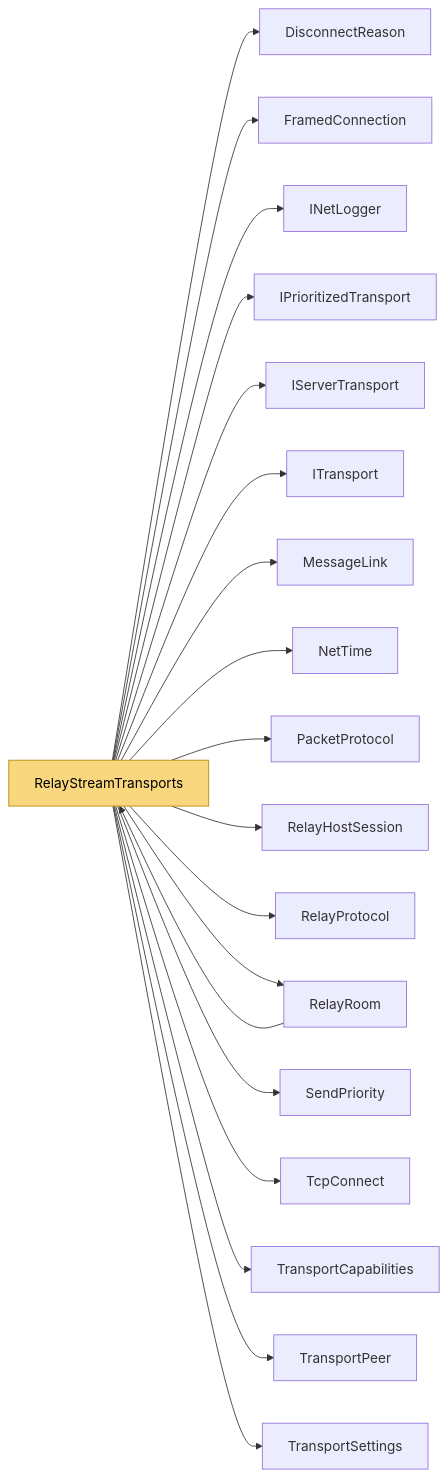
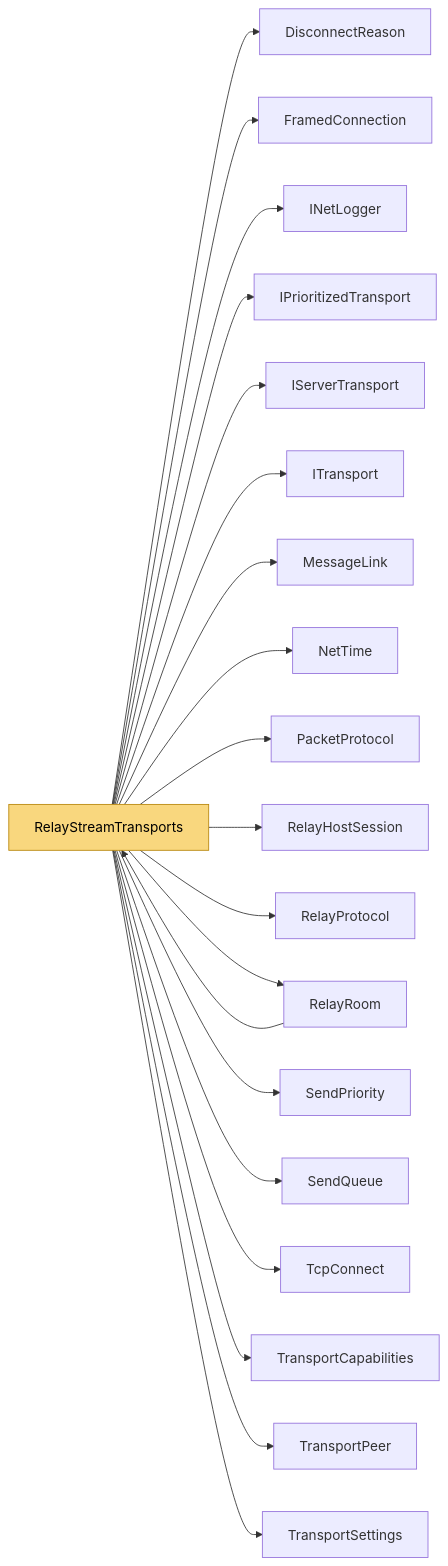
One commit to VladislavKresov/NetSync changed the diagram in docs/Code/Relay/RelayStreamTransports.md. Above: the diagram before and after it, drawn with Mermaid. The commit also changed other lines of this file and 56 other files, not shown here.

Commit message:
Docs: limitations and roadmap after rc.6 work; regenerated code reference

````diff
--- a/docs/Code/Relay/RelayStreamTransports.md
+++ b/docs/Code/Relay/RelayStreamTransports.md
@@ -89,23 +90,24 @@
 ```mermaid
 flowchart LR
   m_RelayStreamTransports["RelayStreamTransports"]:::self
   m_RelayStreamTransports --> m_DisconnectReason["DisconnectReason"]
   m_RelayStreamTransports --> m_FramedConnection["FramedConnection"]
   m_RelayStreamTransports --> m_INetLogger["INetLogger"]
   m_RelayStreamTransports --> m_IPrioritizedTransport["IPrioritizedTransport"]
   m_RelayStreamTransports --> m_IServerTransport["IServerTransport"]
   m_RelayStreamTransports --> m_ITransport["ITransport"]
   m_RelayStreamTransports --> m_MessageLink["MessageLink"]
   m_RelayStreamTransports --> m_NetTime["NetTime"]
   m_RelayStreamTransports --> m_PacketProtocol["PacketProtocol"]
   m_RelayStreamTransports --> m_RelayHostSession["RelayHostSession"]
   m_RelayStreamTransports --> m_RelayProtocol["RelayProtocol"]
   m_RelayStreamTransports --> m_RelayRoom["RelayRoom"]
   m_RelayStreamTransports --> m_SendPriority["SendPriority"]
+  m_RelayStreamTransports --> m_SendQueue["SendQueue"]
   m_RelayStreamTransports --> m_TcpConnect["TcpConnect"]
   m_RelayStreamTransports --> m_TransportCapabilities["TransportCapabilities"]
   m_RelayStreamTransports --> m_TransportPeer["TransportPeer"]
   m_RelayStreamTransports --> m_TransportSettings["TransportSettings"]
   m_RelayRoom --> m_RelayStreamTransports
   classDef self fill:#f9d77e,stroke:#b8860b,color:#000
 ```
````
